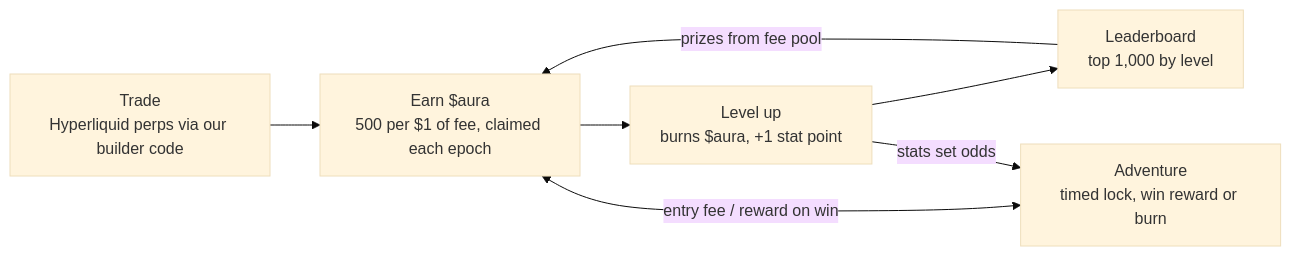
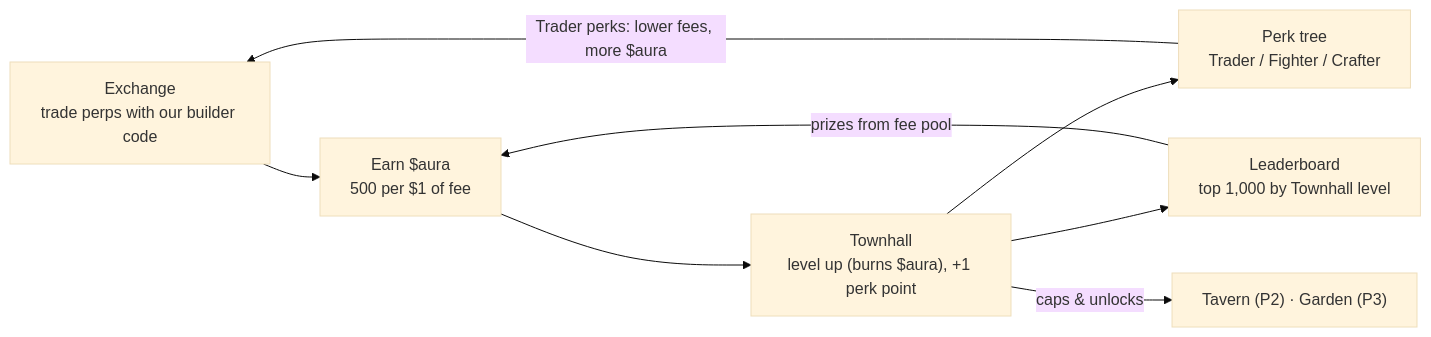
The diagram in docs/mvp-design.md (atonyp89/hyperempire), drawn with Mermaid (base theme) before and after one commit. The commit also changed other lines of this file and 3 other files, not shown here.

````diff
--- a/docs/mvp-design.md
+++ b/docs/mvp-design.md
@@ -57,9 +62,10 @@
 ```mermaid
 flowchart LR
-  T["Trade<br/>Hyperliquid perps via our builder code"] --> E["Earn $aura<br/>500 per $1 of fee, claimed each epoch"]
-  E --> L["Level up<br/>burns $aura, +1 stat point"]
-  L --> B["Leaderboard<br/>top 1,000 by level"]
+  X["Exchange<br/>trade perps with our builder code"] --> E["Earn $aura<br/>500 per $1 of fee"]
+  E --> T["Townhall<br/>level up (burns $aura), +1 perk point"]
+  T --> P["Perk tree<br/>Trader / Fighter / Crafter"]
+  P -- "Trader perks: lower fees, more $aura" --> X
+  T --> B["Leaderboard<br/>top 1,000 by Townhall level"]
   B -- "prizes from fee pool" --> E
-  E <-->|"entry fee / reward on win"| A["Adventure<br/>timed lock, win reward or burn"]
-  L -- "stats set odds" --> A
+  T -- "caps & unlocks" --> V["Tavern (P2) · Garden (P3)"]
 ```
````
